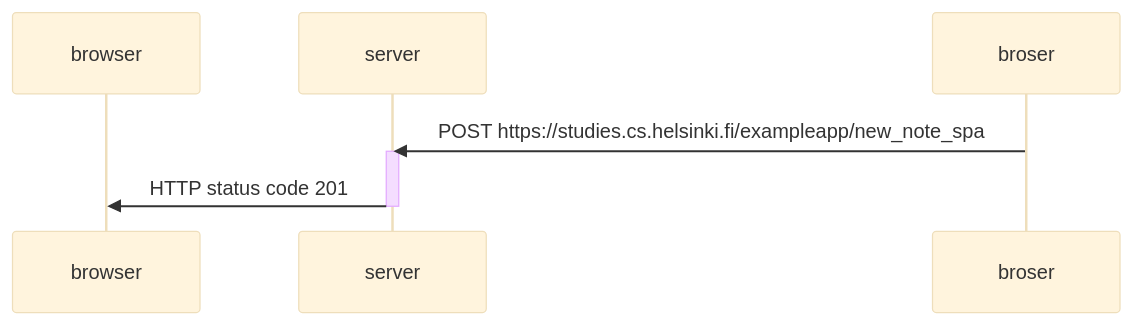
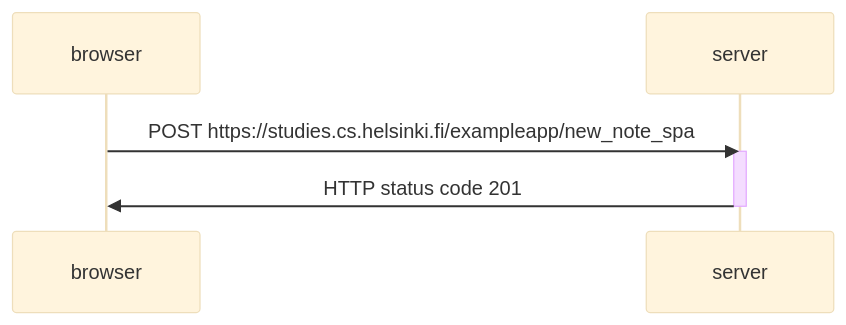
One commit to anceldev/fullStackOpen changed the diagram in part0/0.6-Nueva-nota-en-diagrama-de-aplicacion-de-una-sola-pagina.md. Above: the diagram before and after it, drawn with Mermaid (base theme). The commit also changed 1 other file, not shown here.

````diff
--- a/part0/0.6-Nueva-nota-en-diagrama-de-aplicacion-de-una-sola-pagina.md
+++ b/part0/0.6-Nueva-nota-en-diagrama-de-aplicacion-de-una-sola-pagina.md
@@ -1,11 +1,11 @@
 ```mermaid
 sequenceDiagram
   participant browser
   participant server
 
-  broser->>server: POST https://studies.cs.helsinki.fi/exampleapp/new_note_spa
+  browser->>server: POST https://studies.cs.helsinki.fi/exampleapp/new_note_spa
   activate server
   server->>browser: HTTP status code 201
   deactivate server
   
 ```
````
